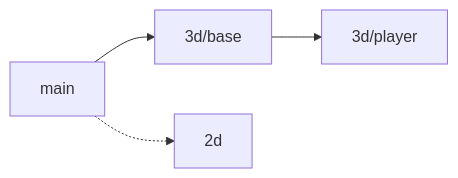
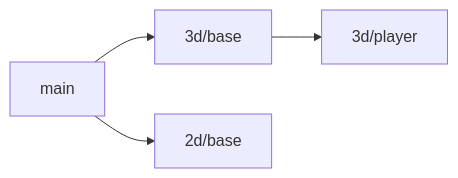
The diagram in README.md (Heryk13/bevy-starter), drawn with Mermaid before and after one commit. The commit also changed other lines of this file and 1 other file, not shown here.

Commit message:
docs: list 2d/base among the branches

````diff
--- a/README.md
+++ b/README.md
@@ -38,5 +38,5 @@
 ```mermaid
 flowchart LR
     main["main"] --> base["3d/base"] --> player["3d/player"]
-    main -.-> twod["2d"]
+    main --> twodbase["2d/base"]
 ```
````
